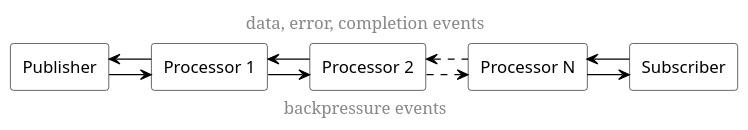
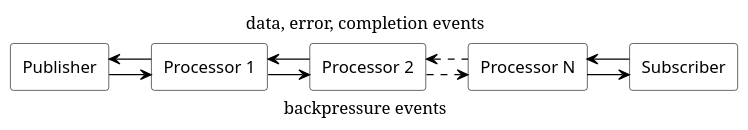
Before and after one commit to ti-cortex-m4/demo-java-reactive-streams-old: the diagram in images/stream_diagram.puml, drawn with PlantUML. The commit also changed 1 other file, not shown here.

```diff
--- a/images/stream_diagram.puml
+++ b/images/stream_diagram.puml
@@ -1,51 +1,53 @@
 @startuml
 
 scale 1.2
 
 skinparam linetype ortho
 skinparam RectangleBackgroundColor white
 skinparam RectangleBorderColor black
 skinparam RectangleFontName Source Sans Pro
 skinparam ArrowColor black
 skinparam HeaderFontSize 14
+skinparam HeaderFontColor black
 skinparam FooterFontSize 14
+skinparam FooterFontColor black
 
 center header
 data, error, completion events
 end header
 
 center footer
 backpressure events
 end footer
 
 rectangle Publisher {
 }
 
 rectangle Processor1 [
   Processor 1
 ]
 
 rectangle Processor2 [
   Processor 2
 ]
 
 rectangle ProcessorN [
   Processor N
 ]
 
 rectangle Subscriber {
 }
 
 Publisher <- Processor1
 Publisher -right> Processor1
 
 Processor1 <- Processor2
 Processor1 -right> Processor2
 
 Processor2 <. ProcessorN
 Processor2 .right> ProcessorN
 
 ProcessorN <- Subscriber
 ProcessorN -right> Subscriber
 
 @enduml
```
